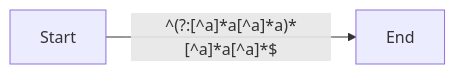
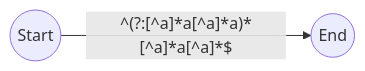
The fifth of 11 diagrams in regexp/20220102.md (tdzl2003/leetcode_live), drawn with Mermaid before and after one commit. The commit also changed other lines of this file, not shown here.

Commit message:
DFA用圆形图示

````diff
--- a/regexp/20220102.md
+++ b/regexp/20220102.md
@@ -36,4 +52,6 @@
 ```mermaid
 graph LR
+    Start((Start))
+    End((End))
     Start -- "^(?:[^a]*a[^a]*a)*[^a]*a[^a]*$" --> End
 ```
````
